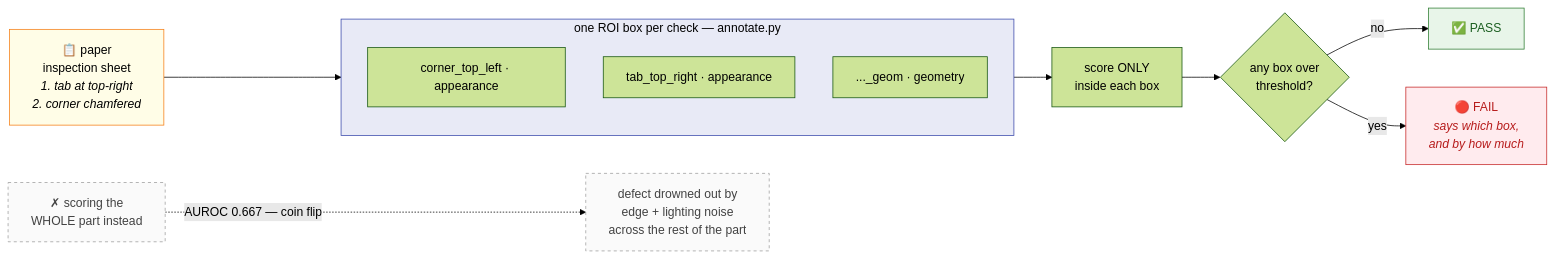
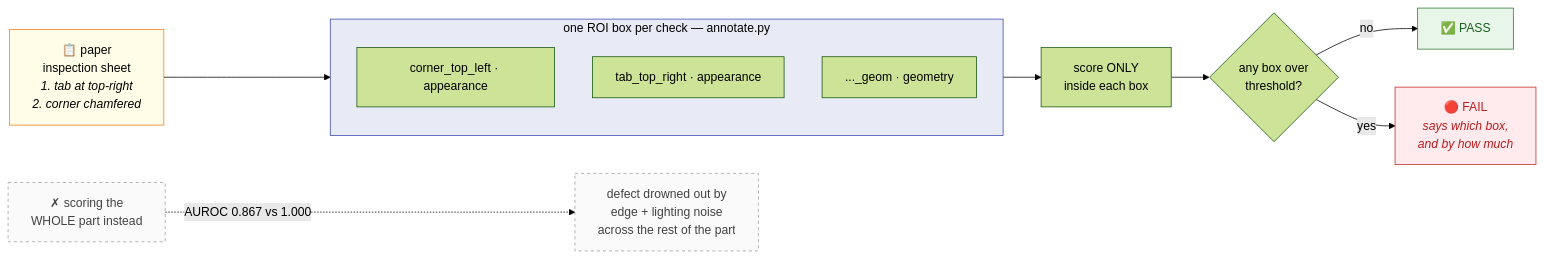
Before and after one commit to Pongsatorn-K633/defect-detection: the third of 3 diagrams in README.md, drawn with Mermaid (forest theme). The commit also changed other lines of this file, not shown here.

First line of the commit message:
README: cover the Metrics tab and correct stale AUROC figures

````diff
--- a/README.md
+++ b/README.md
@@ -176,27 +177,27 @@
 ```mermaid
 flowchart LR
     SHEET["📋 paper<br/>inspection sheet<br/><i>1. tab at top-right<br/>2. corner chamfered</i>"]
 
     subgraph BOXES["one ROI box per check — annotate.py"]
         direction TB
         R1["corner_top_left · appearance"]
         R2["tab_top_right · appearance"]
         R3["..._geom · geometry"]
     end
 
     SC["score ONLY<br/>inside each box"]
     VER{"any box over<br/>threshold?"}
 
     SHEET --> BOXES --> SC --> VER
     VER -->|no| PASS["✅ PASS"]
     VER -->|yes| FAIL["🔴 FAIL<br/><i>says which box,<br/>and by how much</i>"]
 
-    WHOLE["✗ scoring the<br/>WHOLE part instead"] -.->|"AUROC 0.667 — coin flip"| X["defect drowned out by<br/>edge + lighting noise<br/>across the rest of the part"]
+    WHOLE["✗ scoring the<br/>WHOLE part instead"] -.->|"AUROC 0.867 vs 1.000"| X["defect drowned out by<br/>edge + lighting noise<br/>across the rest of the part"]
 
     style SHEET fill:#fffde7,stroke:#f57f17,color:#000
     style BOXES fill:#e8eaf6,stroke:#3949ab,color:#000
     style PASS fill:#e8f5e9,stroke:#2e7d32,color:#1b5e20
     style FAIL fill:#ffebee,stroke:#c62828,color:#b71c1c
     style X fill:#fafafa,stroke:#9e9e9e,stroke-dasharray:4 4,color:#424242
     style WHOLE fill:#fafafa,stroke:#9e9e9e,stroke-dasharray:4 4,color:#424242
 ```
````
